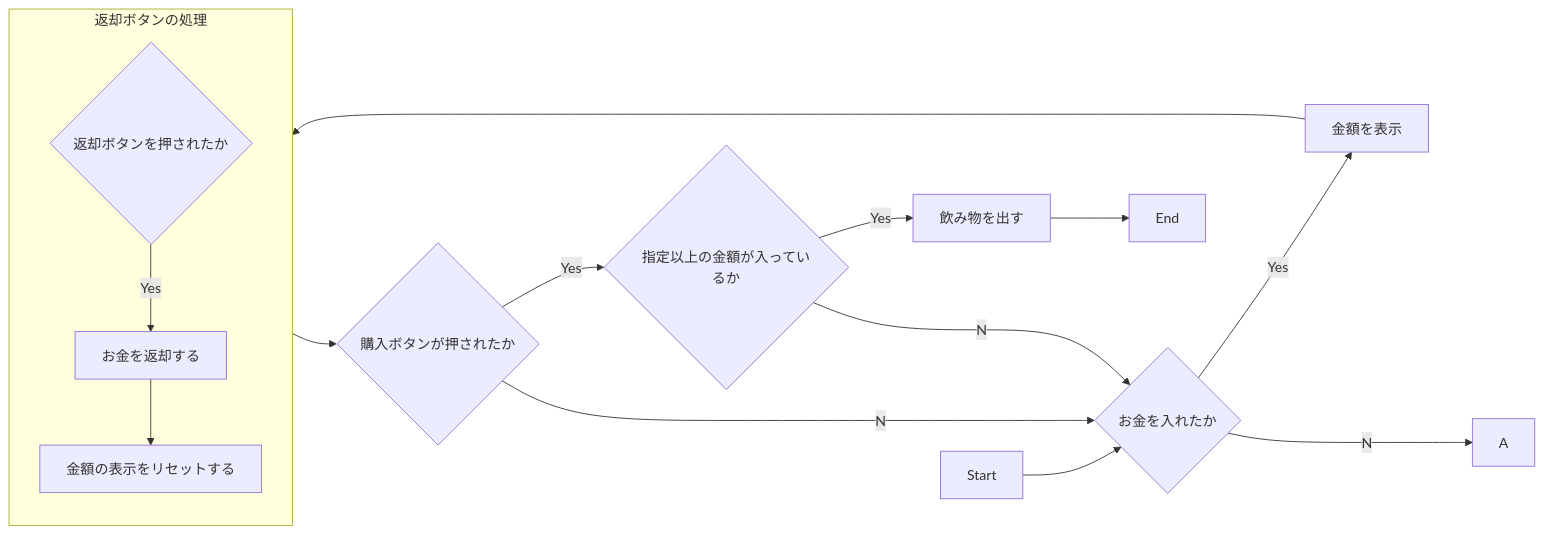
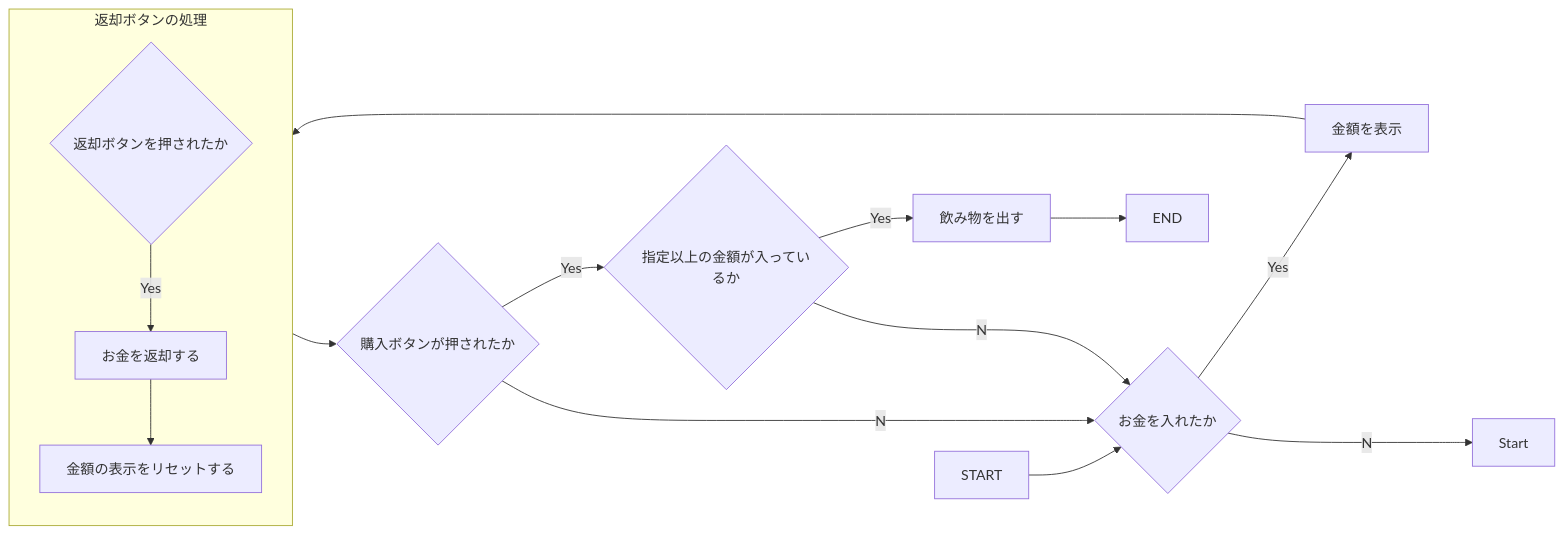
One commit to tpu-game-2022/mermaid_test changed the diagram in README.md. Above: the diagram before and after it, drawn with Mermaid.

Commit message:
フローチャートを変更した

````diff
--- a/README.md
+++ b/README.md
@@ -20,19 +20,19 @@
 ```mermaid
 flowchart LR
-  Start-->B{お金を入れたか}
+  START-->B{お金を入れたか}
   B--Yes-->C[金額を表示]
-  B--No-->A
+  B--No-->Start
   C-->返却ボタンの処理-->E{購入ボタンが押されたか}
   E{購入ボタンが押されたか}--Yes-->F{指定以上の金額が入っているか}
   E--No-->B
   F--Yes-->G[飲み物を出す]
   F--No-->B
-  G-->End
+  G-->END
 
   subgraph 返却ボタンの処理
   direction TB
   D1{返却ボタンを押されたか}--Yes-->D2[お金を返却する]
   D2-->D3[金額の表示をリセットする]
   end
   
 ```
````
